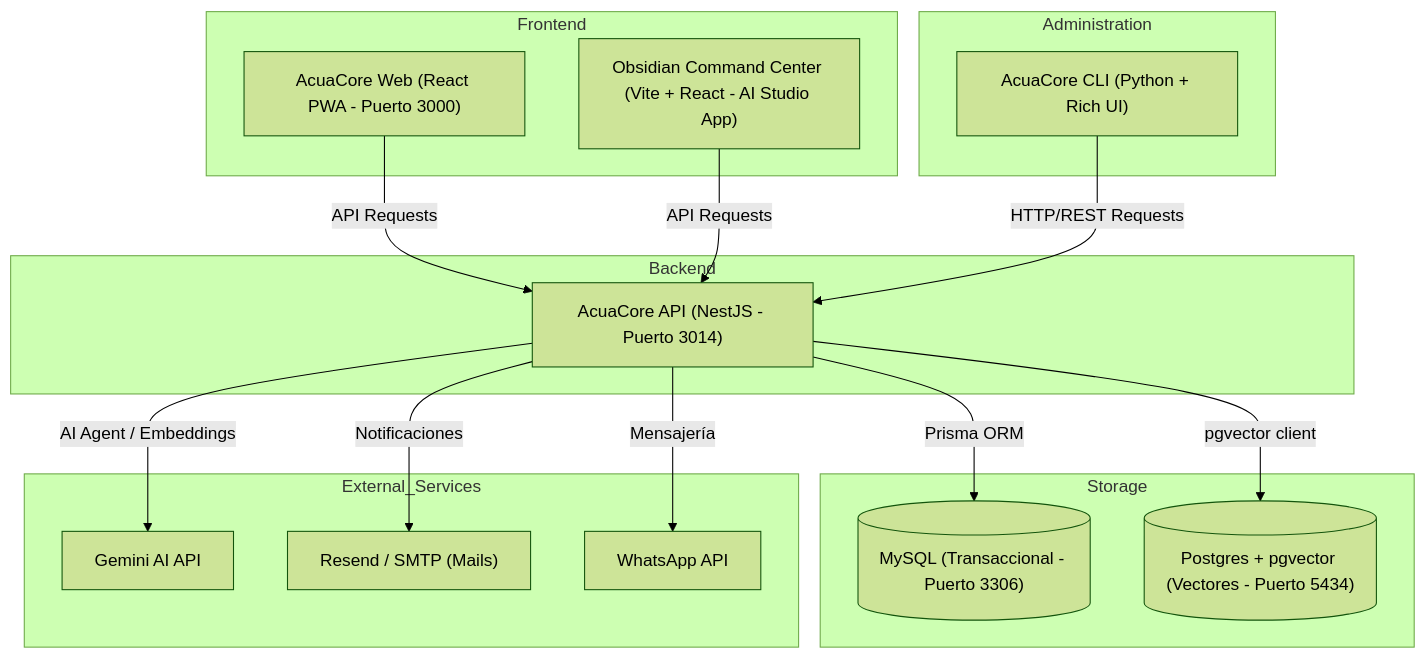
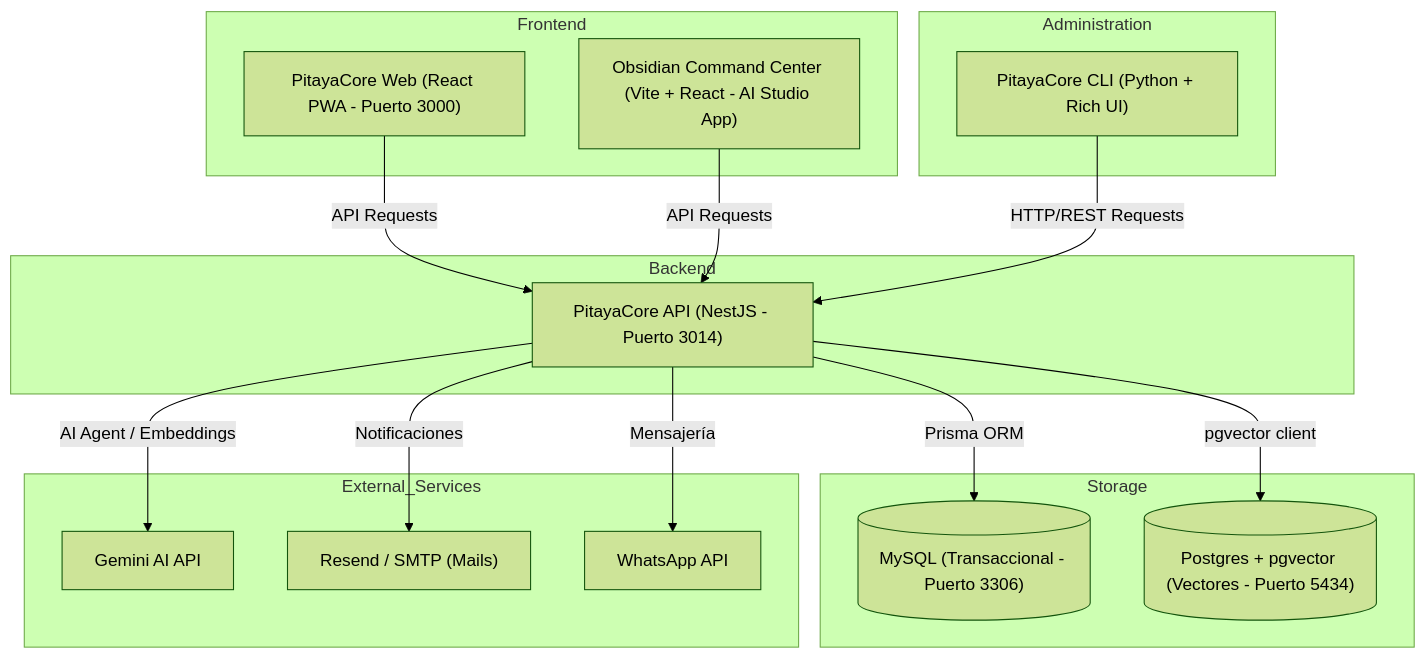
One commit to chessco/pitayacore changed the diagram in README.md. Above: the diagram before and after it, drawn with Mermaid (forest theme). The commit also changed other lines of this file and 425 other files, not shown here.

First line of the commit message:
chore: rebrand AcuaCore to PitayaCore, secure secrets, clean migration files

````diff
--- a/README.md
+++ b/README.md
@@ -23,38 +23,38 @@
 ```mermaid
 graph TD
     subgraph Frontend
-        Web["AcuaCore Web (React PWA - Puerto 3000)"]
+        Web["PitayaCore Web (React PWA - Puerto 3000)"]
         RootApp["Obsidian Command Center (Vite + React - AI Studio App)"]
     end
 
     subgraph Administration
-        CLI["AcuaCore CLI (Python + Rich UI)"]
+        CLI["PitayaCore CLI (Python + Rich UI)"]
     end
 
     subgraph Backend
-        API["AcuaCore API (NestJS - Puerto 3014)"]
+        API["PitayaCore API (NestJS - Puerto 3014)"]
     end
 
     subgraph Storage
         MySQL[("MySQL (Transaccional - Puerto 3306)")]
         Postgres[("Postgres + pgvector (Vectores - Puerto 5434)")]
     end
 
     subgraph External_Services
         Gemini["Gemini AI API"]
         Resend["Resend / SMTP (Mails)"]
         WhatsApp["WhatsApp API"]
     end
 
     %% Connections
     Web -->|API Requests| API
     RootApp -->|API Requests| API
     CLI -->|HTTP/REST Requests| API
     
     API -->|Prisma ORM| MySQL
     API -->|pgvector client| Postgres
     
     API -->|AI Agent / Embeddings| Gemini
     API -->|Notificaciones| Resend
     API -->|Mensajería| WhatsApp
 ```
````
